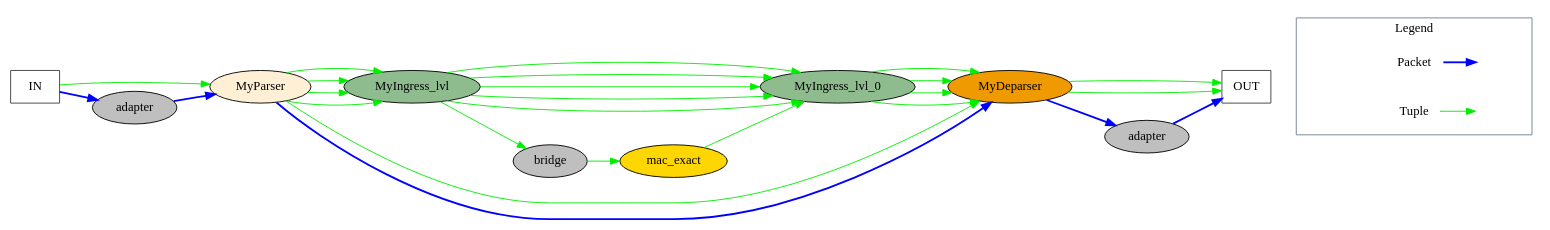
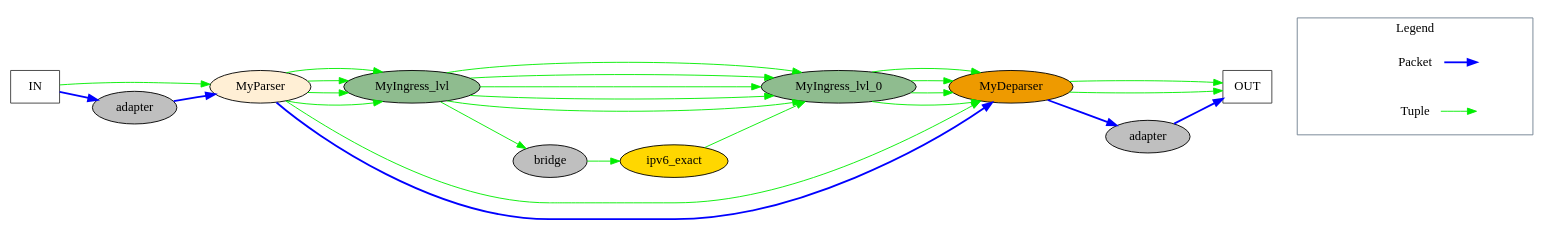
The diagram in nf_sume_sdnet_ip/SimpleSumeSwitch/SimpleSumeSwitch_0.dot (guimvmatos/srv6Project_NetFPGA), drawn with Graphviz before and after one commit. The commit also changed 496 other files, not shown here.

```diff
--- a/nf_sume_sdnet_ip/SimpleSumeSwitch/SimpleSumeSwitch_0.dot
+++ b/nf_sume_sdnet_ip/SimpleSumeSwitch/SimpleSumeSwitch_0.dot
@@ -1,60 +1,60 @@
 digraph SimpleSumeSwitch {
 rankdir = LR;
 _IN_[label = "IN", shape=box, color = gray24,  fontname="times:italic"  ];
 _OUT_[label = "OUT", shape=box, color = gray24,  fontname="times:italic"  ];
 MyParser[style = filled, fillcolor = papayawhip ];
 MyIngress_lvl[style = filled, fillcolor = darkseagreen ];
-mac_exact[style = filled, fillcolor = gold ];
+ipv6_exact[style = filled, fillcolor = gold ];
 MyIngress_lvl_0[style = filled, fillcolor = darkseagreen ];
 MyDeparser[style = filled, fillcolor = orange2 ];
-S_BRIDGER_for_mac_exact_tuple_in_request[label = "bridge", style = filled, fillcolor=gray75 ];
+S_BRIDGER_for_ipv6_exact_tuple_in_request[label = "bridge", style = filled, fillcolor=gray75 ];
 S_PROTOCOL_ADAPTER_INGRESS[label = "adapter", style = filled, fillcolor=gray75 ];
 S_PROTOCOL_ADAPTER_EGRESS[label = "adapter", style = filled, fillcolor=gray75 ];
 MyIngress_lvl -> MyIngress_lvl_0 [color=green2] ;
 MyIngress_lvl -> MyIngress_lvl_0 [color=green2] ;
 MyIngress_lvl -> MyIngress_lvl_0 [color=green2] ;
 MyIngress_lvl -> MyIngress_lvl_0 [color=green2] ;
 MyIngress_lvl -> MyIngress_lvl_0 [color=green2] ;
-MyIngress_lvl -> S_BRIDGER_for_mac_exact_tuple_in_request [color=green2] ;
-S_BRIDGER_for_mac_exact_tuple_in_request -> mac_exact [color=green2] ;
-mac_exact -> MyIngress_lvl_0 [color=green2] ;
+MyIngress_lvl -> S_BRIDGER_for_ipv6_exact_tuple_in_request [color=green2] ;
+S_BRIDGER_for_ipv6_exact_tuple_in_request -> ipv6_exact [color=green2] ;
+ipv6_exact -> MyIngress_lvl_0 [color=green2] ;
 MyParser -> MyIngress_lvl [color=green2] ;
 MyIngress_lvl_0 -> MyDeparser [color=green2] ;
 MyParser -> MyIngress_lvl [color=green2] ;
 MyIngress_lvl_0 -> MyDeparser [color=green2] ;
 MyParser -> MyIngress_lvl [color=green2] ;
 MyIngress_lvl_0 -> MyDeparser [color=green2] ;
 MyDeparser -> _OUT_ [color=green2] ;
 _IN_ -> MyParser [color=green2] ;
 MyParser -> MyIngress_lvl [color=green2] ;
 MyIngress_lvl_0 -> MyDeparser [color=green2] ;
 MyDeparser -> _OUT_ [color=green2] ;
 _IN_ -> S_PROTOCOL_ADAPTER_INGRESS [color=blue, style = bold] ;
 S_PROTOCOL_ADAPTER_INGRESS -> MyParser [color=blue, style = bold] ;
 MyParser -> MyDeparser [color=blue, style = bold] ;
 MyDeparser -> S_PROTOCOL_ADAPTER_EGRESS [color=blue, style = bold] ;
 S_PROTOCOL_ADAPTER_EGRESS -> _OUT_ [color=blue, style = bold] ;
 MyParser -> MyDeparser [color=green2] ;
 subgraph cluster_0 { 
     node [shape=plaintext];
     
     k3 [label = "Tuple" ];
     k2 [label = "Packet" ];
 
     d2 [label = "" ];
     d3 [label = "" ];
 
     anchor [label = "" ];
     
     anchor -> k2 [style=invis];
     anchor -> k3 [style=invis];  
     
     k2 -> d2 [color=blue, style=bold];
     k3 -> d3 [color=green2];
     
     label = "Legend"; fontname="times:bold";
     color=SlateGray
 }
 _OUT_ -> anchor [style=invis];
 
 }
```
